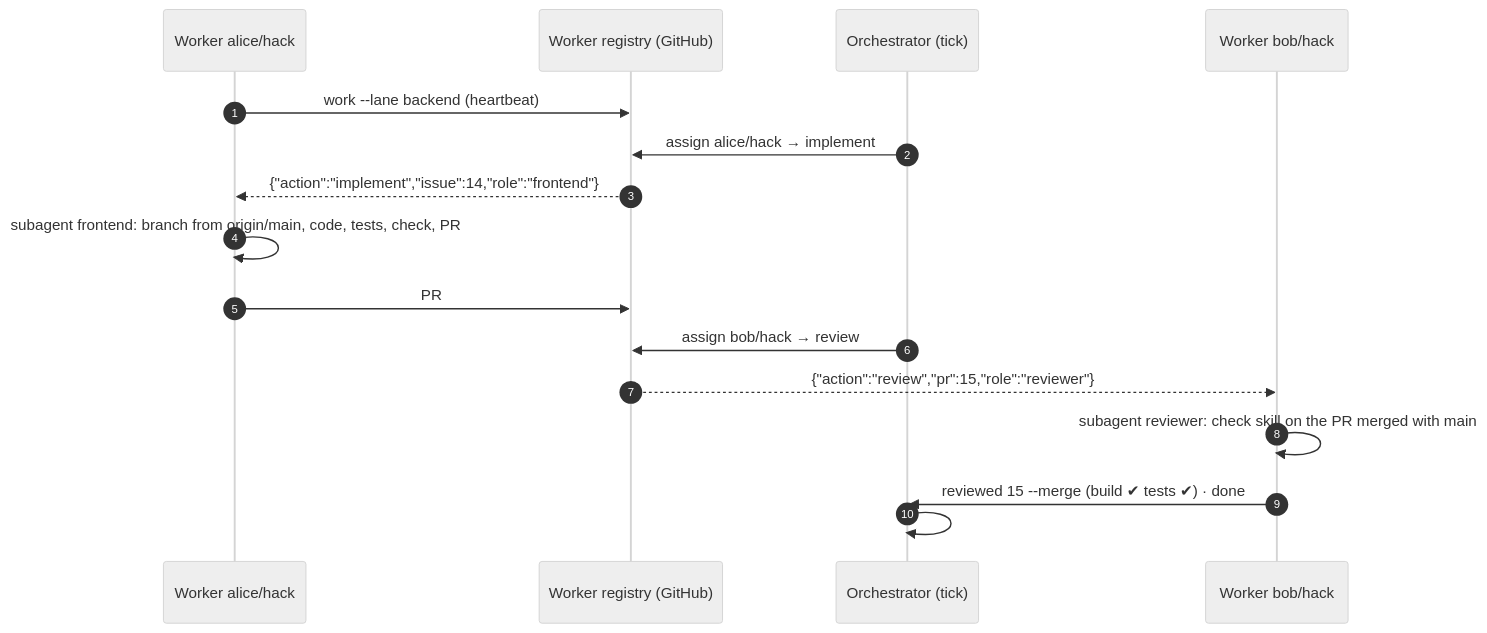
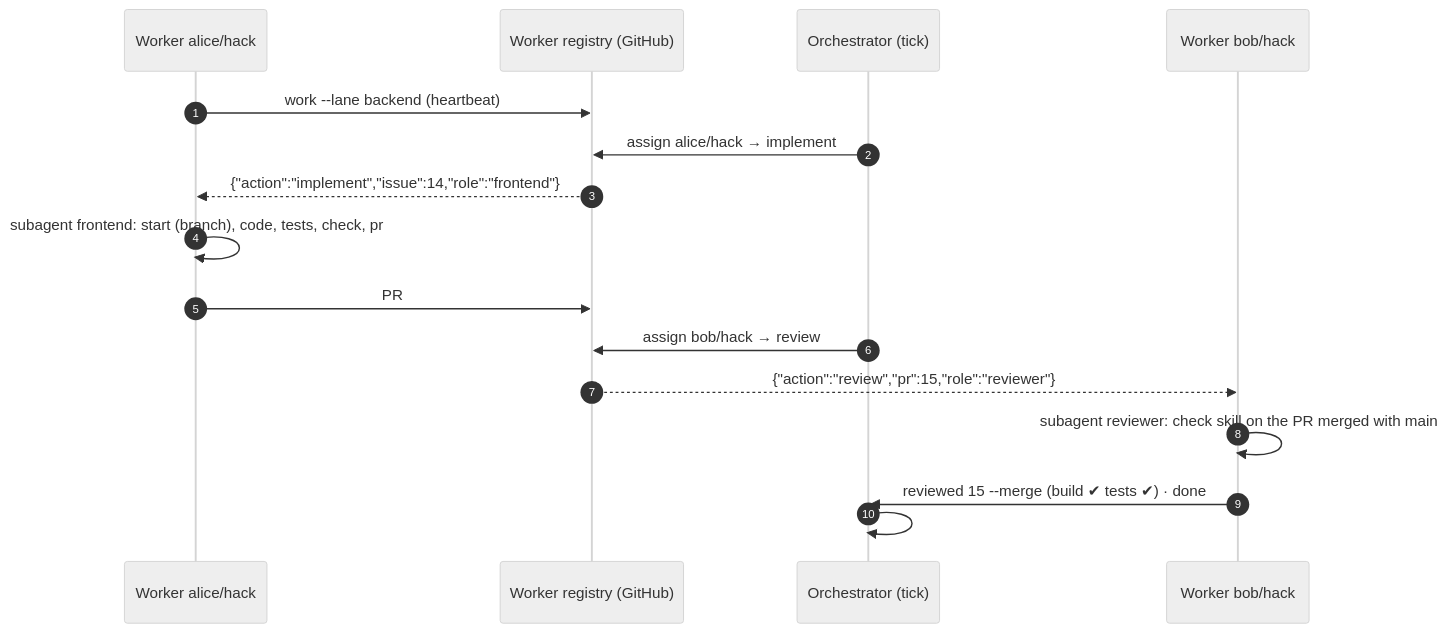
Before and after one commit to KKogaa/hackathon-sdlc-kit: the third of 4 diagrams in README.md, drawn with Mermaid (neutral theme). The commit also changed other lines of this file and 27 other files, not shown here.

````diff
--- a/README.md
+++ b/README.md
@@ -111,19 +114,19 @@
 ```mermaid
 sequenceDiagram
     autonumber
     participant W as Worker alice/hack
     participant R as Worker registry (GitHub)
     participant O as Orchestrator (tick)
     participant W2 as Worker bob/hack
 
     W->>R: work --lane backend (heartbeat)
     O->>R: assign alice/hack → implement #14 (role frontend)
     R-->>W: {"action":"implement","issue":14,"role":"frontend"}
-    W->>W: subagent frontend: branch from origin/main, code, tests, check, PR
+    W->>W: subagent frontend: start (branch), code, tests, check, pr
     W->>R: PR #15 "<!-- worker:alice/hack -->" + pr:needs-review · done
     O->>R: assign bob/hack → review #15 (different account)
     R-->>W2: {"action":"review","pr":15,"role":"reviewer"}
     W2->>W2: subagent reviewer: check skill on the PR merged with main
     W2->>O: reviewed 15 --merge (build ✔ tests ✔) · done
     O->>O: #14 closed → unblock dependents → assign the next units
 ```
````
